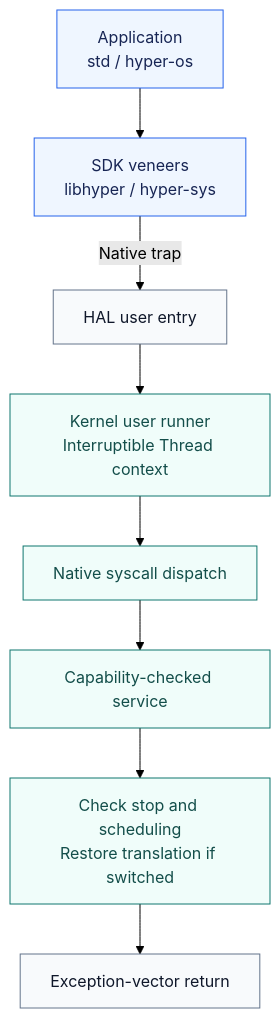
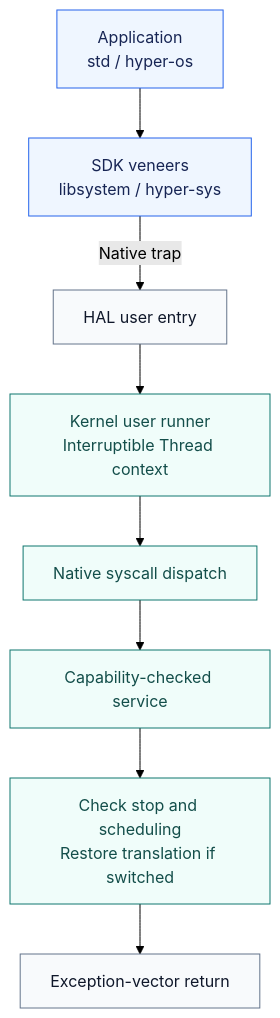
One commit to HypeR-Proj/HypeR changed the second of 9 diagrams in docs/learn/reading-the-code.md. Above: the diagram before and after it, drawn with Mermaid (forest theme). The commit also changed other lines of this file and 3 other files, not shown here.

````diff
--- a/docs/learn/reading-the-code.md
+++ b/docs/learn/reading-the-code.md
@@ -209,16 +209,16 @@
 ```mermaid
 flowchart TB
-    app["Application<br/>std / hyper-os"] --> sdk["SDK veneers<br/>libhyper / hyper-sys"]
+    app["Application<br/>std / hyper-os"] --> sdk["SDK veneers<br/>libsystem / hyper-sys"]
     sdk -->|Native trap| entry["HAL user entry"]
     entry --> runner["Kernel user runner<br/>Interruptible Thread context"]
     runner --> dispatch["Native syscall dispatch"]
     dispatch --> service["Capability-checked service"]
     service --> resume["Check stop and scheduling<br/>Restore translation if switched"]
     resume --> vector["Exception-vector return"]
     class app,sdk app
     class dispatch,runner,service,resume core
     class entry,vector machine
     classDef app fill:#eff6ff,stroke:#2563eb,color:#172554
     classDef core fill:#f0fdfa,stroke:#0f766e,color:#134e4a
     classDef machine fill:#f8fafc,stroke:#64748b,color:#0f172a
 ```
````
